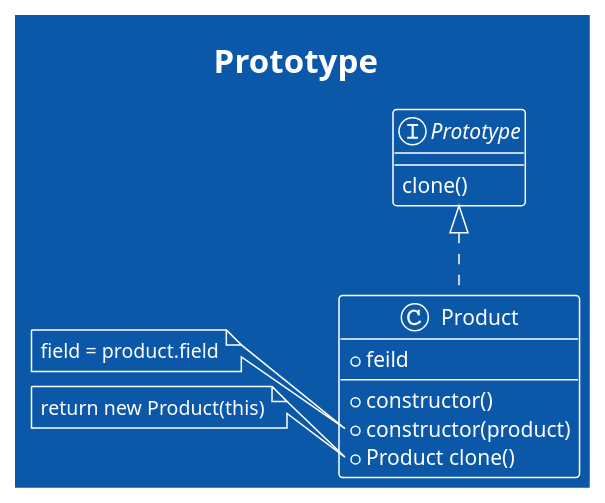
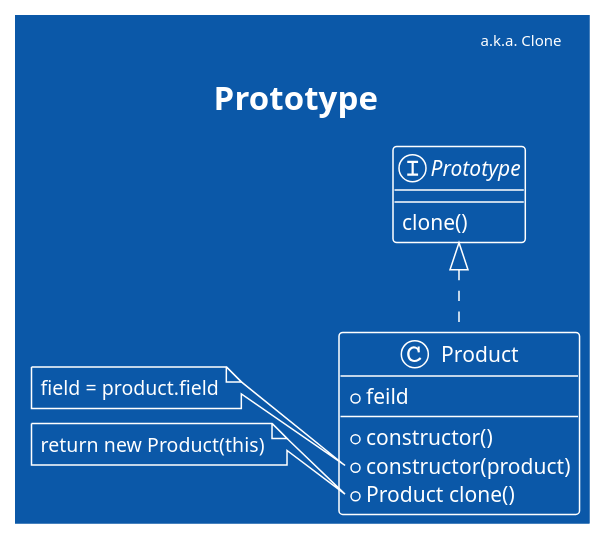
The diagram in creational/prototype.wsd (shuaibird/design-patterns-diagram), drawn with PlantUML before and after one commit. The commit also changed 4 other files, not shown here.

```diff
--- a/creational/prototype.wsd
+++ b/creational/prototype.wsd
@@ -1,23 +1,24 @@
 @startuml Prototype
 title Prototype
+header a.k.a. Clone
 !theme amiga
 
 interface Prototype {
   clone()
 }
 
 class Product implements Prototype {
   + feild
   + constructor()
   + constructor(product)
   + Product clone()
 }
 
 note left of Product::constructor(product)
   field = product.field
 end note
 
 note left of Product::clone
   return new Product(this)
 end note
 @enduml
```
